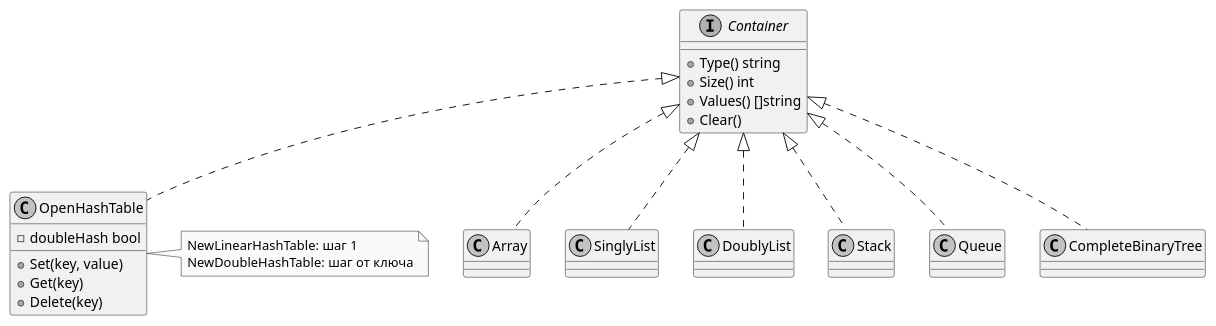
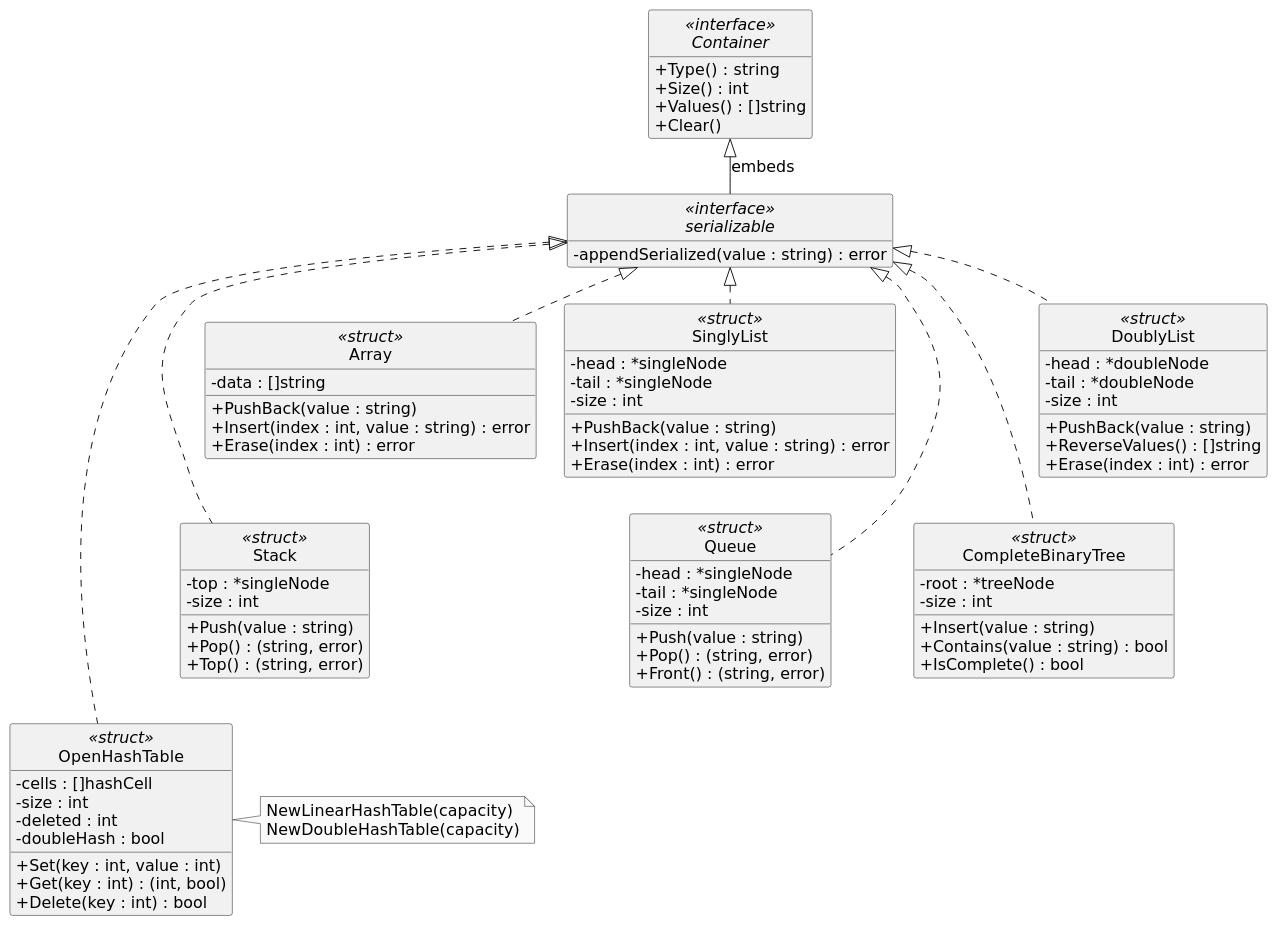
One commit to somgnom00-cmd/laba3 changed the diagram in uml/go_types.puml. Above: the diagram before and after it, drawn with PlantUML. The commit also changed 38 other files, not shown here.

```diff
--- a/uml/go_types.puml
+++ b/uml/go_types.puml
@@ -1,32 +1,92 @@
 @startuml
 skinparam monochrome true
-interface Container {
-  +Type() string
-  +Size() int
-  +Values() []string
+skinparam shadowing false
+skinparam classAttributeIconSize 0
+skinparam defaultFontName DejaVu Sans
+skinparam defaultFontSize 16
+skinparam nodesep 28
+skinparam ranksep 36
+hide circle
+hide empty members
+
+interface Container <<interface>> {
+  +Type() : string
+  +Size() : int
+  +Values() : []string
   +Clear()
 }
-class Array
-class SinglyList
-class DoublyList
-class Stack
-class Queue
-class CompleteBinaryTree
-class OpenHashTable {
-  -doubleHash bool
-  +Set(key, value)
-  +Get(key)
-  +Delete(key)
+interface serializable <<interface>> {
+  -appendSerialized(value : string) : error
 }
-Container <|.. Array
-Container <|.. SinglyList
-Container <|.. DoublyList
-Container <|.. Stack
-Container <|.. Queue
-Container <|.. CompleteBinaryTree
-Container <|.. OpenHashTable
+class Array <<struct>> {
+  -data : []string
+  +PushBack(value : string)
+  +Insert(index : int, value : string) : error
+  +Erase(index : int) : error
+}
+class SinglyList <<struct>> {
+  -head : *singleNode
+  -tail : *singleNode
+  -size : int
+  +PushBack(value : string)
+  +Insert(index : int, value : string) : error
+  +Erase(index : int) : error
+}
+class DoublyList <<struct>> {
+  -head : *doubleNode
+  -tail : *doubleNode
+  -size : int
+  +PushBack(value : string)
+  +ReverseValues() : []string
+  +Erase(index : int) : error
+}
+class Stack <<struct>> {
+  -top : *singleNode
+  -size : int
+  +Push(value : string)
+  +Pop() : (string, error)
+  +Top() : (string, error)
+}
+class Queue <<struct>> {
+  -head : *singleNode
+  -tail : *singleNode
+  -size : int
+  +Push(value : string)
+  +Pop() : (string, error)
+  +Front() : (string, error)
+}
+class CompleteBinaryTree <<struct>> {
+  -root : *treeNode
+  -size : int
+  +Insert(value : string)
+  +Contains(value : string) : bool
+  +IsComplete() : bool
+}
+class OpenHashTable <<struct>> {
+  -cells : []hashCell
+  -size : int
+  -deleted : int
+  -doubleHash : bool
+  +Set(key : int, value : int)
+  +Get(key : int) : (int, bool)
+  +Delete(key : int) : bool
+}
 note right of OpenHashTable
-  NewLinearHashTable: шаг 1
-  NewDoubleHashTable: шаг от ключа
+  NewLinearHashTable(capacity)
+  NewDoubleHashTable(capacity)
 end note
+
+Container <|-- serializable : embeds
+serializable <|.. Array
+serializable <|.. SinglyList
+serializable <|.. DoublyList
+serializable <|.. Stack
+serializable <|.. Queue
+serializable <|.. CompleteBinaryTree
+serializable <|.. OpenHashTable
+
+Array -[hidden]down-> Stack
+SinglyList -[hidden]down-> Queue
+DoublyList -[hidden]down-> CompleteBinaryTree
+Queue -[hidden]down-> OpenHashTable
 @enduml
```
